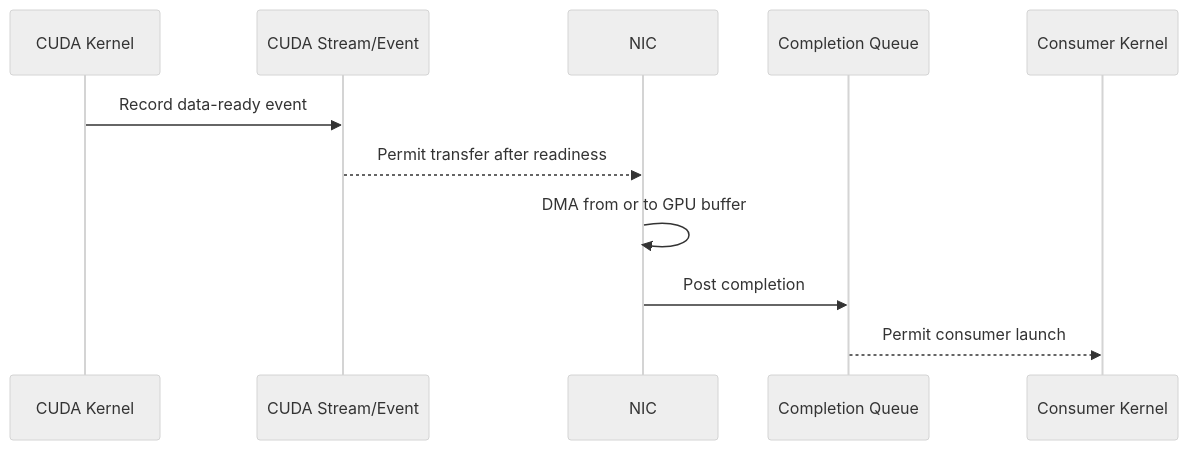
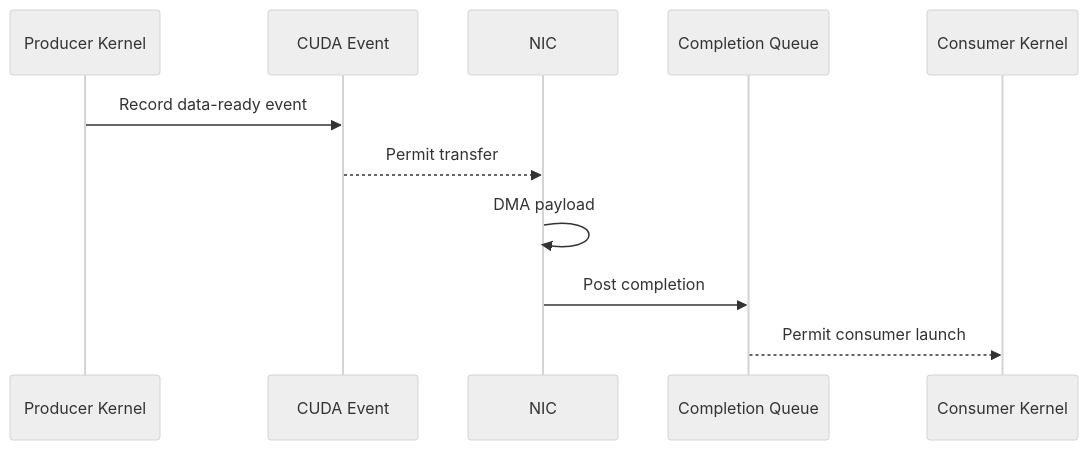
One commit to jithinpnjm/nvidia-devops changed the fourth of 4 diagrams in docs/nvidia-zero-to-hero/volume-07/chapter-04-dma-rdma-and-peer-to-peer.md. Above: the diagram before and after it, drawn with Mermaid (neutral theme). The commit also changed other lines of this file, not shown here.

````diff
--- a/docs/nvidia-zero-to-hero/volume-07/chapter-04-dma-rdma-and-peer-to-peer.md
+++ b/docs/nvidia-zero-to-hero/volume-07/chapter-04-dma-rdma-and-peer-to-peer.md
@@ -234,14 +180,14 @@
 ```mermaid
 sequenceDiagram
-    participant K as CUDA Kernel
-    participant S as CUDA Stream/Event
+    participant P as Producer Kernel
+    participant E as CUDA Event
     participant N as NIC
     participant C as Completion Queue
     participant G as Consumer Kernel
 
-    K->>S: Record data-ready event
-    S-->>N: Permit transfer after readiness
-    N->>N: DMA from or to GPU buffer
+    P->>E: Record data-ready event
+    E-->>N: Permit transfer
+    N->>N: DMA payload
     N->>C: Post completion
     C-->>G: Permit consumer launch
 ```
````
